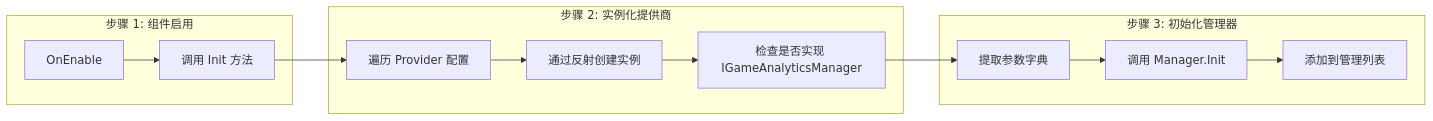
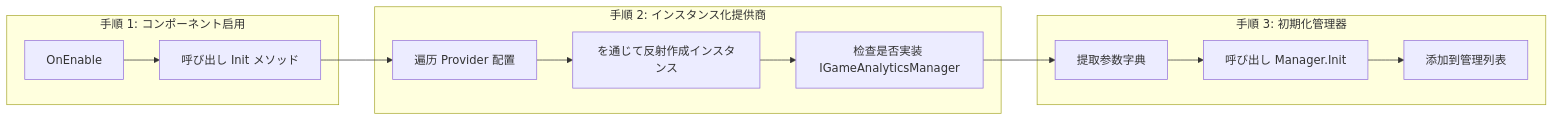
One commit to AlianBlank/GameFrameX.Docs changed the fifth of 5 diagrams in docs/ja/client/unity/component/gameanalytics/04.features.md. Above: the diagram before and after it, drawn with Mermaid. The commit also changed other lines of this file and 603 other files, not shown here.

````diff
--- a/docs/ja/client/unity/component/gameanalytics/04.features.md
+++ b/docs/ja/client/unity/component/gameanalytics/04.features.md
@@ -217,19 +217,19 @@
 ```mermaid
 flowchart LR
-    subgraph Step1["步骤 1: 组件启用"]
-        A1[OnEnable] --> A2[调用 Init 方法]
+    subgraph Step1["手順 1: コンポーネント启用"]
+        A1[OnEnable] --> A2[呼び出し Init メソッド]
     end
 
-    subgraph Step2["步骤 2: 实例化提供商"]
-        B1[遍历 Provider 配置] --> B2[通过反射创建实例]
-        B2 --> B3[检查是否实现 IGameAnalyticsManager]
+    subgraph Step2["手順 2: インスタンス化提供商"]
+        B1[遍历 Provider 配置] --> B2[を通じて反射作成インスタンス]
+        B2 --> B3[检查是否実装 IGameAnalyticsManager]
     end
 
-    subgraph Step3["步骤 3: 初始化管理器"]
-        C1[提取参数字典] --> C2[调用 Manager.Init]
+    subgraph Step3["手順 3: 初期化管理器"]
+        C1[提取参数字典] --> C2[呼び出し Manager.Init]
         C2 --> C3[添加到管理列表]
     end
 
     A2 --> B1
     B3 --> C1
 ```
````
